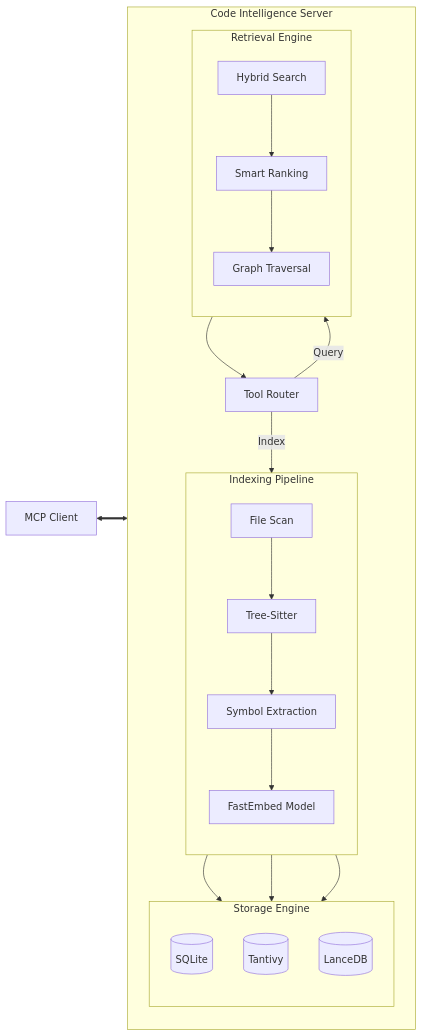
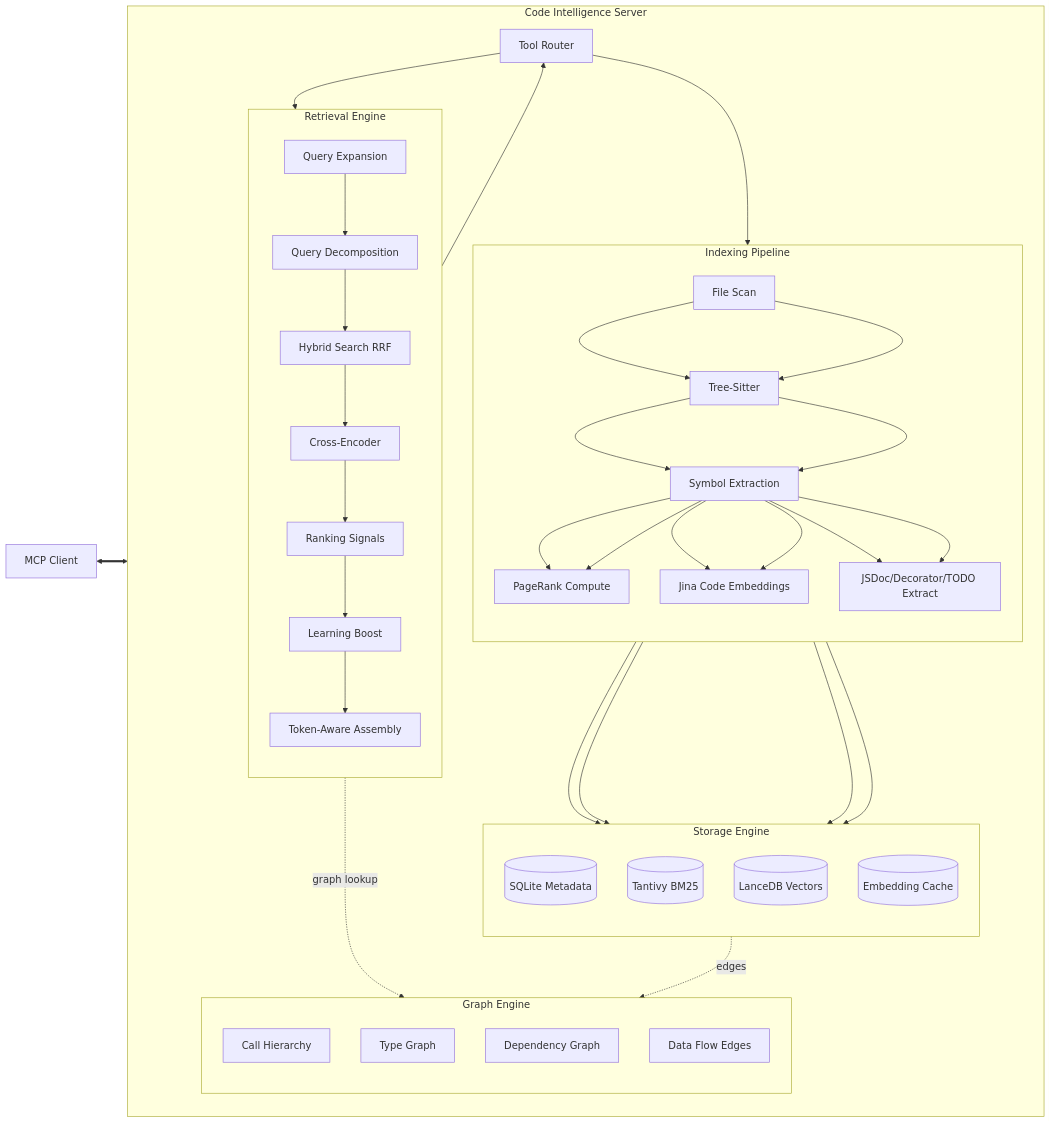
The diagram in SYSTEM_ARCHITECTURE.md (iceinvein/code_intelligence_mcp_server), drawn with Mermaid before and after one commit. The commit also changed other lines of this file and 5 other files, not shown here.

````diff
--- a/SYSTEM_ARCHITECTURE.md
+++ b/SYSTEM_ARCHITECTURE.md
@@ -11,41 +11,71 @@
 ```mermaid
 flowchart LR
   Client[MCP Client] <==> Tools
 
   subgraph Server [Code Intelligence Server]
     direction TB
     Tools[Tool Router]
-    
+
     subgraph Indexer [Indexing Pipeline]
       direction TB
       Scan[File Scan] --> Parse[Tree-Sitter]
       Parse --> Extract[Symbol Extraction]
-      Extract --> Embed[FastEmbed Model]
+      Extract --> PageRank[PageRank Compute]
+      Extract --> Embed[Jina Code Embeddings]
+      Extract --> Meta[JSDoc/Decorator/TODO Extract]
     end
 
     subgraph Storage [Storage Engine]
       direction TB
-      SQLite[(SQLite)]
-      Tantivy[(Tantivy)]
-      Lance[(LanceDB)]
+      SQLite[(SQLite Metadata)]
+      Tantivy[(Tantivy BM25)]
+      Lance[(LanceDB Vectors)]
+      Cache[(Embedding Cache)]
     end
-    
+
     subgraph Retrieval [Retrieval Engine]
       direction TB
-      Hybrid[Hybrid Search]
-      Ranking[Smart Ranking]
-      Graph[Graph Traversal]
+      QueryExpand[Query Expansion]
+      Decompose[Query Decomposition]
+      Hybrid[Hybrid Search RRF]
+      Rerank[Cross-Encoder]
+      Signals[Ranking Signals]
+      Learn[Learning Boost]
+      Context[Token-Aware Assembly]
     end
 
-    %% Data Flow
-    Tools -- Index --> Scan
-    Embed --> SQLite
-    Embed --> Tantivy
+    subgraph Graph [Graph Engine]
+      direction TB
+      CallGraph[Call Hierarchy]
+      TypeGraph[Type Graph]
+      DepGraph[Dependency Graph]
+      DataFlow[Data Flow Edges]
+    end
+
+    %% Index Flow
+    Tools --> Scan
+    Scan --> Parse
+    Parse --> Extract
+    Extract --> PageRank
+    Extract --> Embed
+    Extract --> Meta
+    PageRank --> SQLite
     Embed --> Lance
-    
-    Tools -- Query --> Hybrid
-    Hybrid --> Ranking
-    Ranking --> Graph
-    Graph --> Tools
+    Embed --> Cache
+    Meta --> SQLite
+
+    %% Query Flow
+    Tools --> QueryExpand
+    QueryExpand --> Decompose
+    Decompose --> Hybrid
+    Hybrid --> Rerank
+    Rerank --> Signals
+    Signals --> Learn
+    Learn --> Context
+    Context --> Tools
+
+    %% Graph Integration
+    SQLite -.->|edges| Graph
+    Hybrid -.->|graph lookup| Graph
   end
 ```
````
